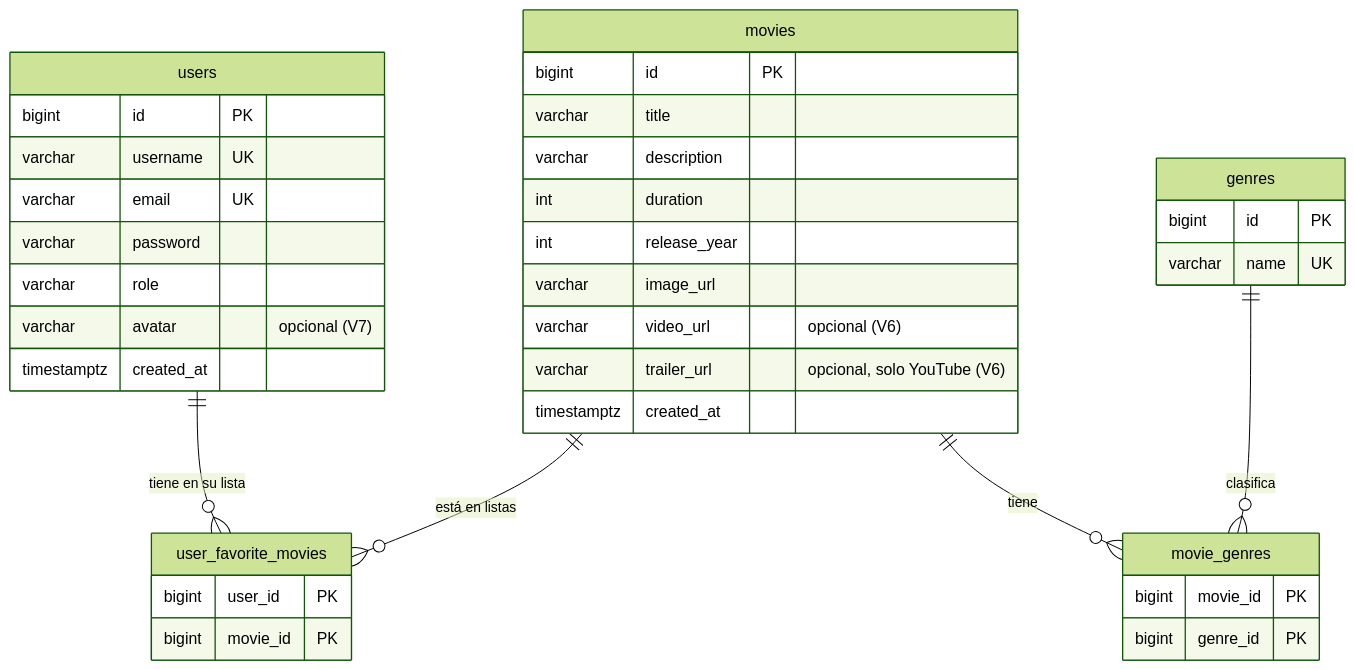
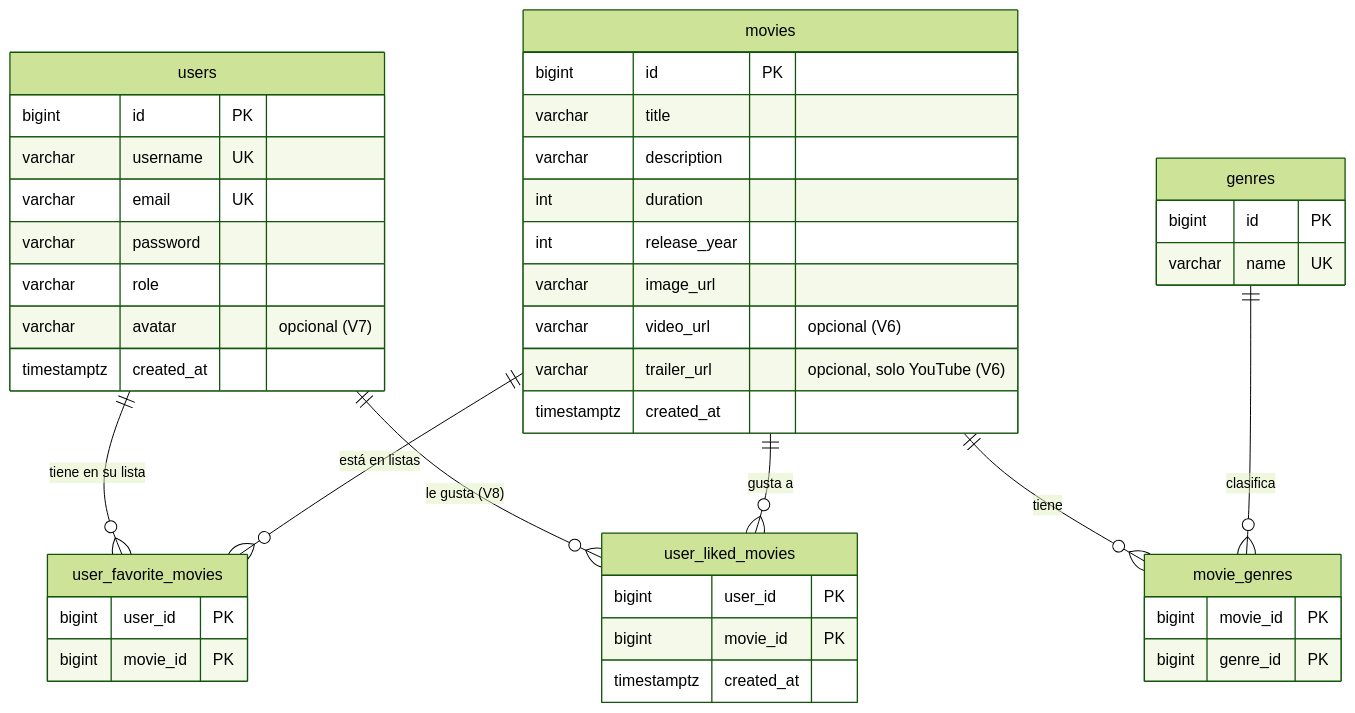
One commit to emiliogf10/streambox changed the first of 2 diagrams in docs/MANUAL_PROGRAMADOR.md. Above: the diagram before and after it, drawn with Mermaid (forest theme). The commit also changed other lines of this file and 62 other files, not shown here.

````diff
--- a/docs/MANUAL_PROGRAMADOR.md
+++ b/docs/MANUAL_PROGRAMADOR.md
@@ -410,30 +410,35 @@
 ```mermaid
 erDiagram
     users ||--o{ user_favorite_movies : "tiene en su lista"
     movies ||--o{ user_favorite_movies : "está en listas"
     movies ||--o{ movie_genres : "tiene"
     genres ||--o{ movie_genres : "clasifica"
+    users ||--o{ user_liked_movies : "le gusta (V8)"
+    movies ||--o{ user_liked_movies : "gusta a"
 
     users { bigint id PK
             varchar username UK
             varchar email UK
             varchar password
             varchar role
             varchar avatar "opcional (V7)"
             timestamptz created_at }
     movies { bigint id PK
              varchar title
              varchar description
              int duration
              int release_year
              varchar image_url
              varchar video_url "opcional (V6)"
              varchar trailer_url "opcional, solo YouTube (V6)"
              timestamptz created_at }
     genres { bigint id PK
              varchar name UK }
     movie_genres { bigint movie_id PK
                    bigint genre_id PK }
     user_favorite_movies { bigint user_id PK
                            bigint movie_id PK }
+    user_liked_movies { bigint user_id PK
+                        bigint movie_id PK
+                        timestamptz created_at }
 ```
````
